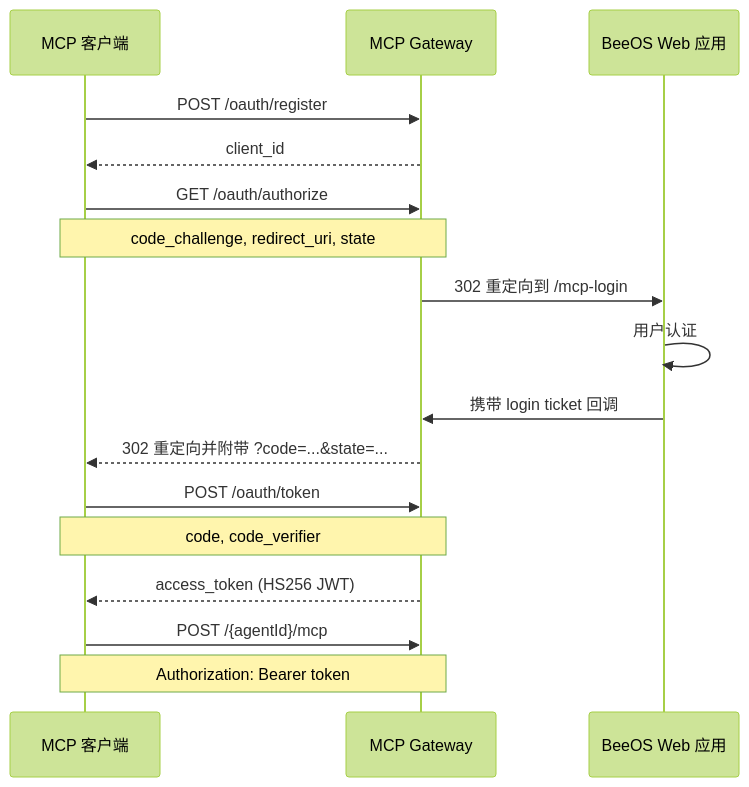
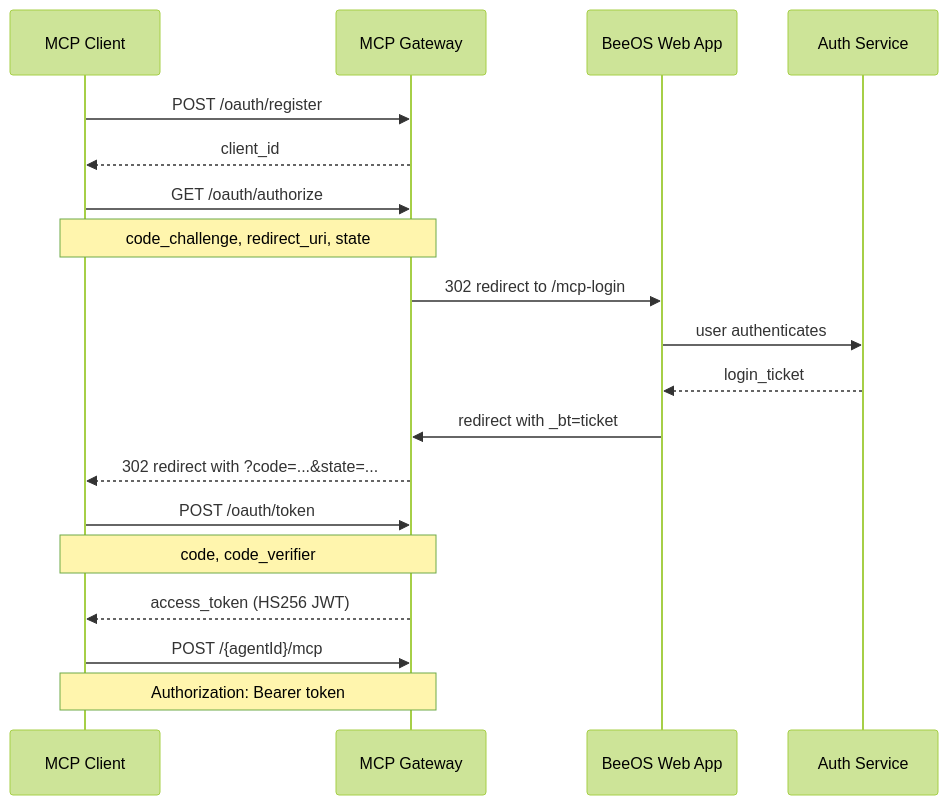
Before and after one commit to beeos-ai/beeos-docs: the diagram in zh/mcp/oauth.mdx, drawn with Mermaid (forest theme). The commit also changed other lines of this file and 10 other files, not shown here.

````diff
--- a/zh/mcp/oauth.mdx
+++ b/zh/mcp/oauth.mdx
@@ -16,22 +24,25 @@
 ```mermaid
 sequenceDiagram
-    participant Client as MCP 客户端
+    participant Client as MCP Client
     participant GW as MCP Gateway
-    participant Web as BeeOS Web 应用
+    participant Web as BeeOS Web App
+    participant Auth as Auth Service
+
     Client->>GW: POST /oauth/register
     GW-->>Client: client_id
 
     Client->>GW: GET /oauth/authorize
     Note over Client,GW: code_challenge, redirect_uri, state
-    GW->>Web: 302 重定向到 /mcp-login
-    Web->>Web: 用户认证
-    Web->>GW: 携带 login ticket 回调
-    GW-->>Client: 302 重定向并附带 ?code=...&state=...
+    GW->>Web: 302 redirect to /mcp-login
+    Web->>Auth: user authenticates
+    Auth-->>Web: login_ticket
+    Web->>GW: redirect with _bt=ticket
+    GW-->>Client: 302 redirect with ?code=...&state=...
 
     Client->>GW: POST /oauth/token
     Note over Client,GW: code, code_verifier
     GW-->>Client: access_token (HS256 JWT)
 
     Client->>GW: POST /{agentId}/mcp
     Note over Client,GW: Authorization: Bearer token
 ```
````
